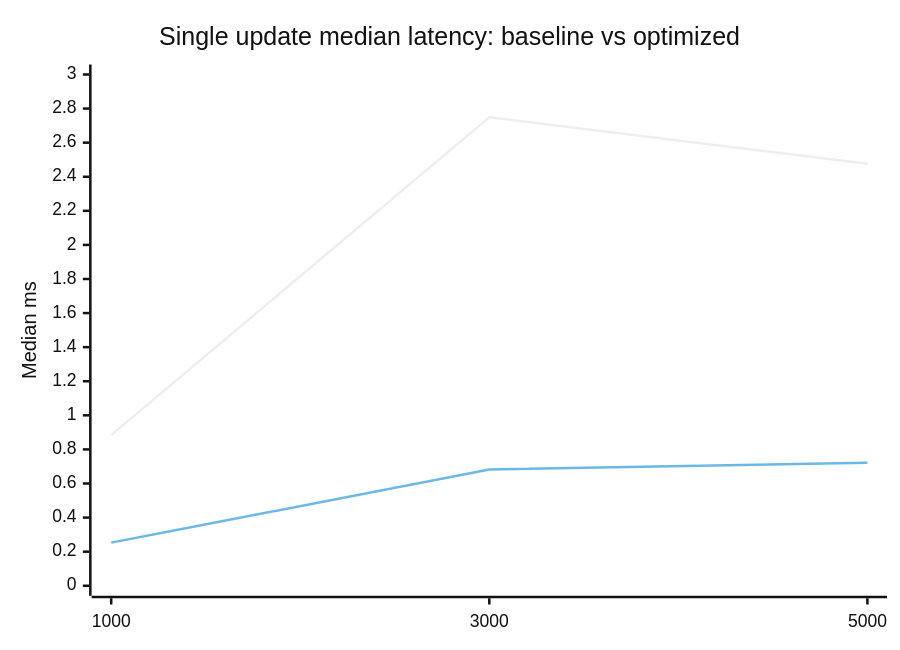
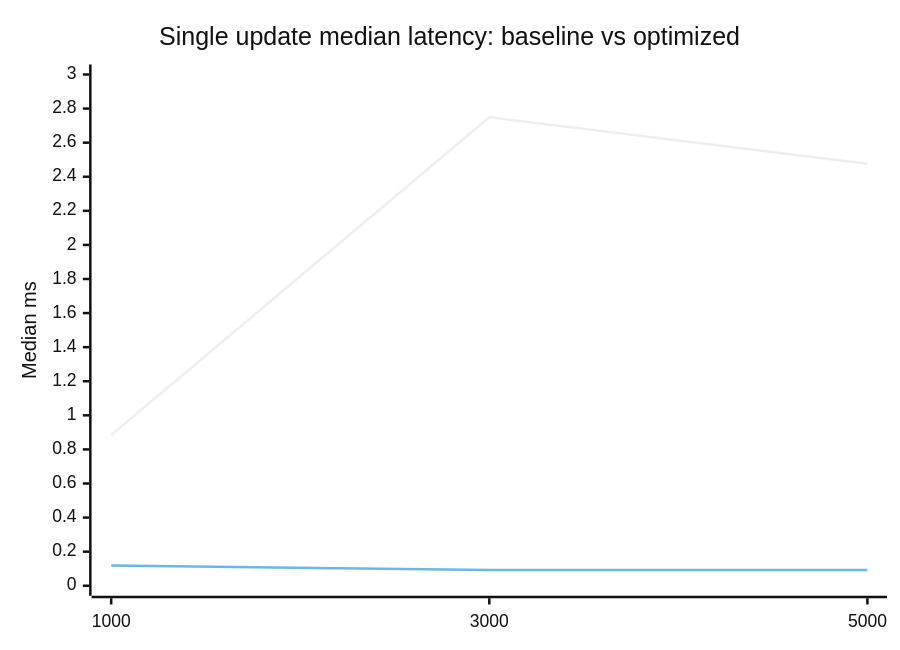
Before and after one commit to robert-sanders-software-ontwikkeling/rs-x: the sixth of 7 diagrams in reports/rsx-spa-performance/README.md, drawn with Mermaid (neutral theme). The commit also changed other lines of this file and 4 other files, not shown here.

````diff
--- a/reports/rsx-spa-performance/README.md
+++ b/reports/rsx-spa-performance/README.md
@@ -119,8 +131,8 @@
 ```mermaid
 xychart-beta
   title "Single update median latency: baseline vs optimized"
   x-axis [1000, 3000, 5000]
   y-axis "Median ms" 0 --> 3
   line [0.884, 2.749, 2.476]
-  line [0.253, 0.682, 0.722]
+  line [0.119, 0.093, 0.092]
 ```
````
